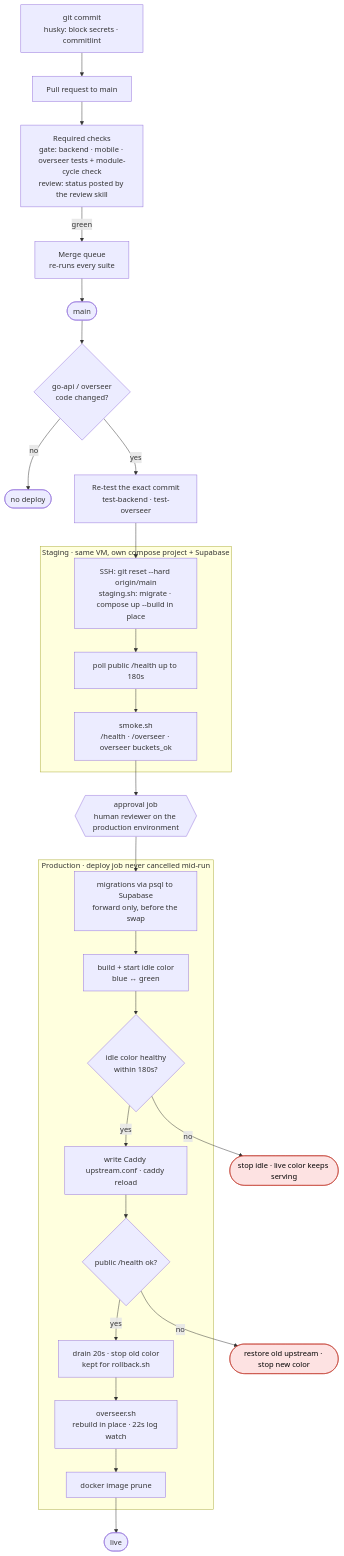
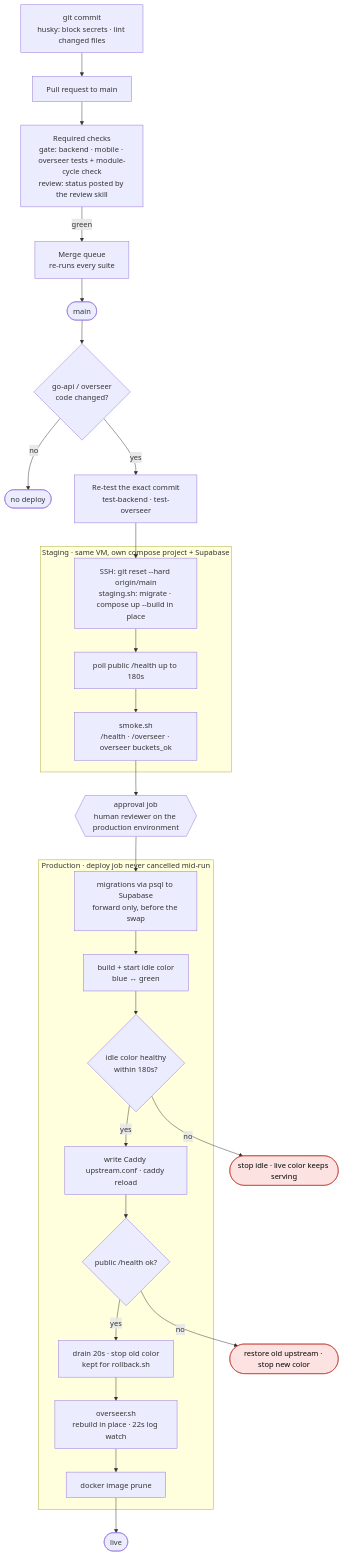
The first of 2 diagrams in docs/diagrams/delivery.md (aleburrascano/altune), drawn with Mermaid before and after one commit. The commit also changed 177 other files, not shown here.

````diff
--- a/docs/diagrams/delivery.md
+++ b/docs/diagrams/delivery.md
@@ -7,42 +7,42 @@
 ```mermaid
 flowchart TD
-    commit["git commit<br/>husky: block secrets · commitlint"] --> pr["Pull request to main"]
+    commit["git commit<br/>husky: block secrets · lint changed files"] --> pr["Pull request to main"]
     pr --> gate["Required checks<br/>gate: backend · mobile · overseer tests + module-cycle check<br/>review: status posted by the review skill"]
     gate -->|green| mq["Merge queue<br/>re-runs every suite"]
     mq --> main(["main"])
     main --> changed{"go-api / overseer<br/>code changed?"}
     changed -->|no| skip(["no deploy"])
     changed -->|yes| retest["Re-test the exact commit<br/>test-backend · test-overseer"]
 
     subgraph staging [Staging · same VM, own compose project + Supabase]
         st_deploy["SSH: git reset --hard origin/main<br/>staging.sh: migrate · compose up --build in place"]
         st_health["poll public /health up to 180s"]
         smoke["smoke.sh<br/>/health · /overseer · overseer buckets_ok"]
         st_deploy --> st_health --> smoke
     end
 
     retest --> st_deploy
     smoke --> approve{{"approval job<br/>human reviewer on the production environment"}}
 
     subgraph live_env [Production · deploy job never cancelled mid-run]
         migrate["migrations via psql to Supabase<br/>forward only, before the swap"]
         build["build + start idle color<br/>blue ↔ green"]
         healthy{"idle color healthy<br/>within 180s?"}
         flip["write Caddy upstream.conf · caddy reload"]
         verify{"public /health ok?"}
         drain["drain 20s · stop old color<br/>kept for rollback.sh"]
         overseer["overseer.sh<br/>rebuild in place · 22s log watch"]
         prune["docker image prune"]
         migrate --> build --> healthy
         healthy -->|yes| flip --> verify
         verify -->|yes| drain --> overseer --> prune
     end
 
     approve --> migrate
     healthy -->|no| keep(["stop idle · live color keeps serving"])
     verify -->|no| restore(["restore old upstream · stop new color"])
     prune --> done(["live"])
 
     classDef fail fill:#fde2e2,stroke:#c0392b,color:#000
     class keep,restore fail
 ```
````
